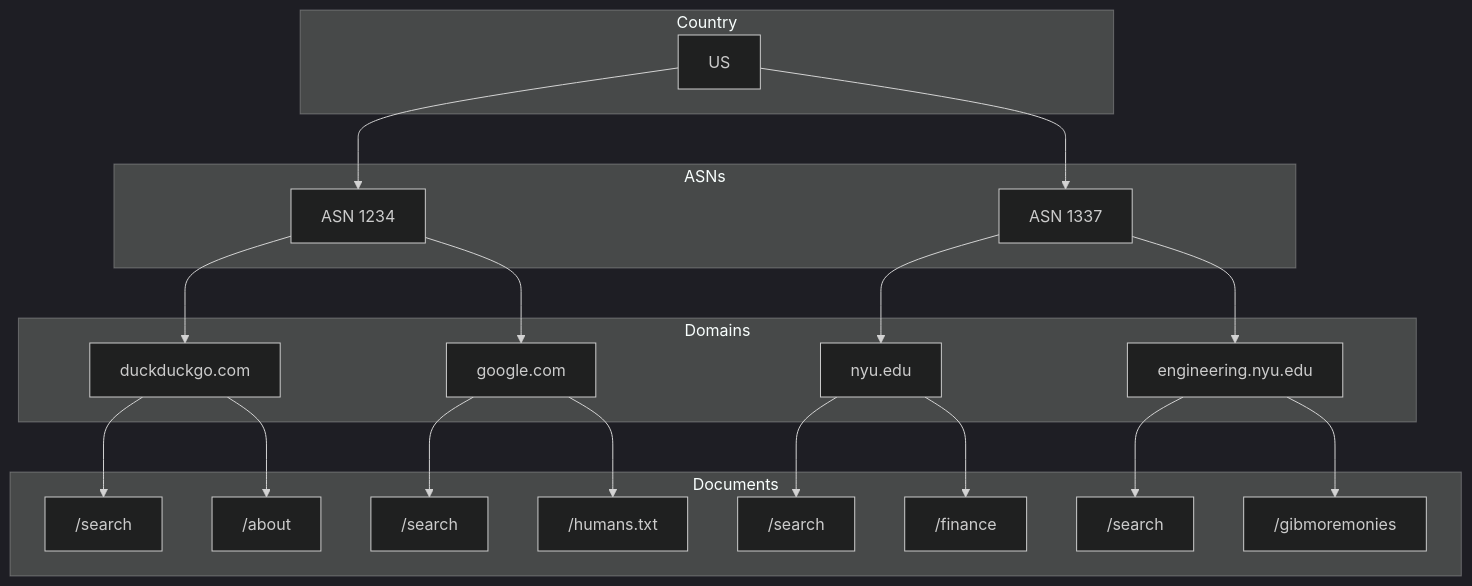
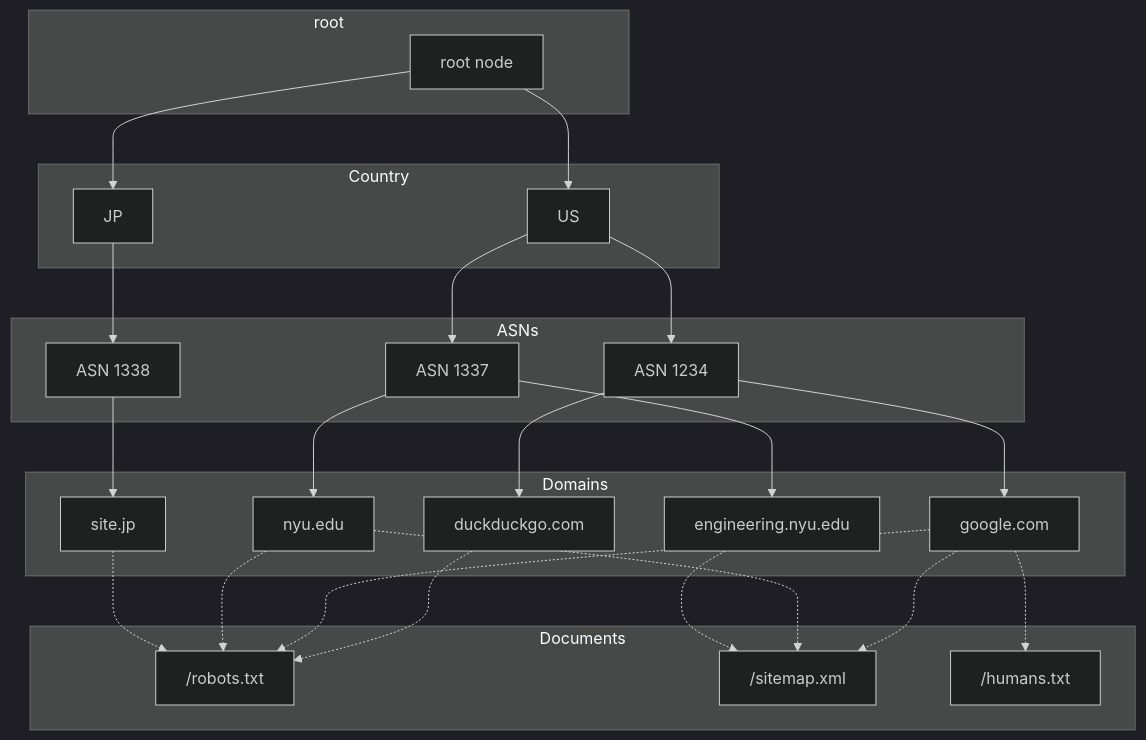
One commit to wabscale/mmds-project-2020 changed the diagram in mermaid/high-level-graph.mmd. Above: the diagram before and after it, drawn with Mermaid (dark theme).

Commit message:
update high level graph mermaid

```diff
--- a/mermaid/high-level-graph.mmd
+++ b/mermaid/high-level-graph.mmd
@@ -1,22 +1,28 @@
 graph TD
+  subgraph rootgroup [root]
+  root[root node]
+  end
+
   subgraph countrygroup [Country]
-  country[US]
+  root --> US & JP
   end
 
   subgraph asngroup [ASNs]
   asn1[ASN 1234]
   asn2[ASN 1337]
-  country --> asn1 & asn2
+  asn3[ASN 1338]
+  US --> asn1 & asn2
+  JP --> asn3
   end
 
   subgraph domains [Domains]
   asn1 --> duckduckgo.com & google.com
   asn2 --> nyu.edu & engineering.nyu.edu
+  asn3 --> site.jp
   end
 
   subgraph documents [Documents]
-  duckduckgo.com --> s1["/search"] & /about
-  google.com --> s2["/search"] & /humans.txt
-  nyu.edu --> s3["/search"] & /finance
-  engineering.nyu.edu --> s4["/search"] & /gibmoremonies
+  duckduckgo.com & google.com & nyu.edu & site.jp -.-> /robots.txt
+  google.com & nyu.edu & engineering.nyu.edu -.-> /sitemap.xml
+  google.com -.-> /humans.txt
   end
```
